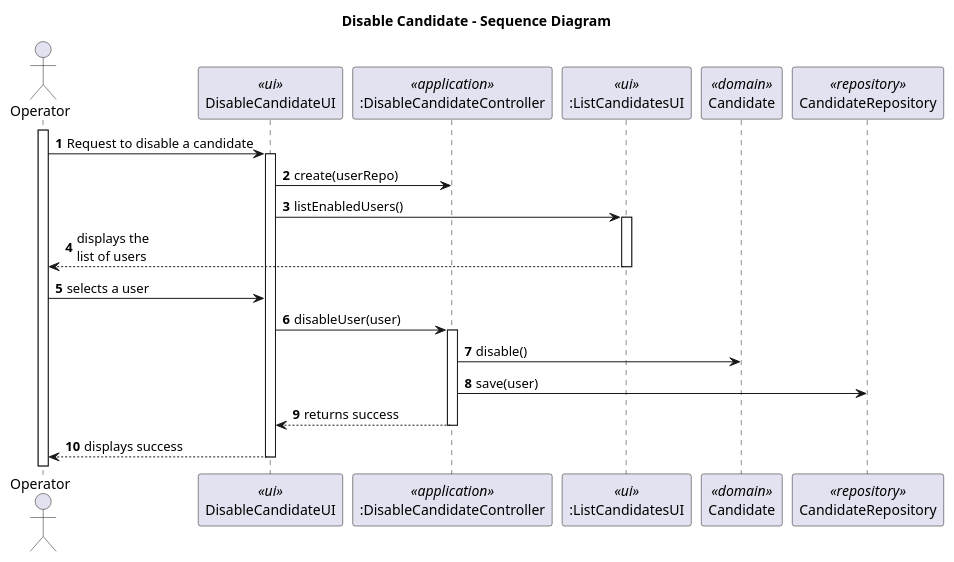
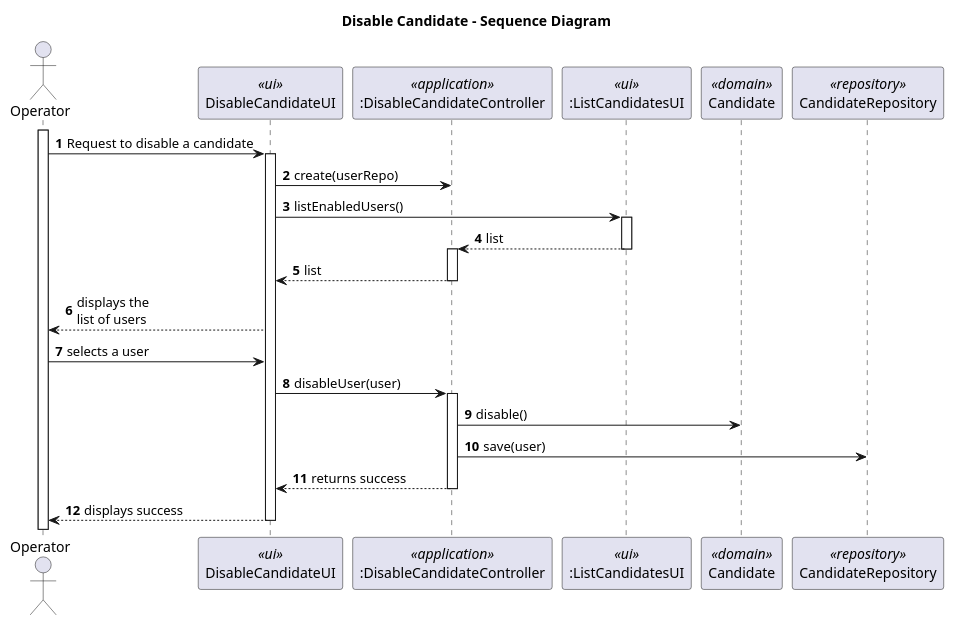
Before and after one commit to marcoferreira37/Lapr4: the diagram in docs/sprintC/2000b/SD2_DisableCandidate/2000b-sequence-diagram.puml, drawn with PlantUML.

Commit message:
#37 some error solving in 2000b

```diff
--- a/docs/sprintC/2000b/SD2_DisableCandidate/2000b-sequence-diagram.puml
+++ b/docs/sprintC/2000b/SD2_DisableCandidate/2000b-sequence-diagram.puml
@@ -1,32 +1,37 @@
 @startuml
 
 title Disable Candidate - Sequence Diagram
 
 autonumber
 actor Operator as ADM
 participant "DisableCandidateUI" as UI <<ui>>
 participant ":DisableCandidateController" as CTRL <<application>>
 participant ":ListCandidatesUI" as LUI <<ui>>
 participant "Candidate" as User <<domain>>
 participant "CandidateRepository" as REPO <<repository>>
 
 activate ADM
 ADM-> UI : Request to disable a candidate
 activate UI
 UI -> CTRL : create(userRepo)
 UI -> LUI: listEnabledUsers()
 activate LUI
-LUI --> ADM : displays the \nlist of users
+LUI-->CTRL: list
+deactivate LUI
+activate CTRL
+CTRL-->UI:list
+deactivate CTRL
+UI --> ADM : displays the \nlist of users
 deactivate LUI
 ADM -> UI : selects a user
 UI -> CTRL : disableUser(user)
 activate CTRL
 CTRL -> User : disable()
 CTRL -> REPO : save(user)
 CTRL --> UI : returns success
 deactivate CTRL
 UI --> ADM : displays success
 deactivate UI
 
 
 @enduml
```
